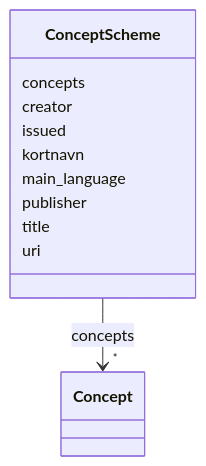
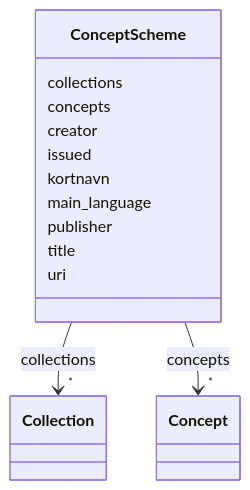
The diagram in schema/generated/docs/ConceptScheme.md (UteBroenner/skos-from-pdf-via-excel), drawn with Mermaid before and after one commit. The commit also changed other lines of this file and 27 other files, not shown here.

````diff
--- a/schema/generated/docs/ConceptScheme.md
+++ b/schema/generated/docs/ConceptScheme.md
@@ -23,31 +23,42 @@
 ```mermaid
  classDiagram
     class ConceptScheme
     click ConceptScheme href "../ConceptScheme/"
+      ConceptScheme : collections
+        
+          
+    
+        
+        
+        ConceptScheme --> "*" Collection : collections
+        click Collection href "../Collection/"
+    
+
+        
       ConceptScheme : concepts
         
           
     
         
         
         ConceptScheme --> "*" Concept : concepts
         click Concept href "../Concept/"
     
 
         
       ConceptScheme : creator
         
       ConceptScheme : issued
         
       ConceptScheme : kortnavn
         
       ConceptScheme : main_language
         
       ConceptScheme : publisher
         
       ConceptScheme : title
         
       ConceptScheme : uri
         
       
 ```
````
